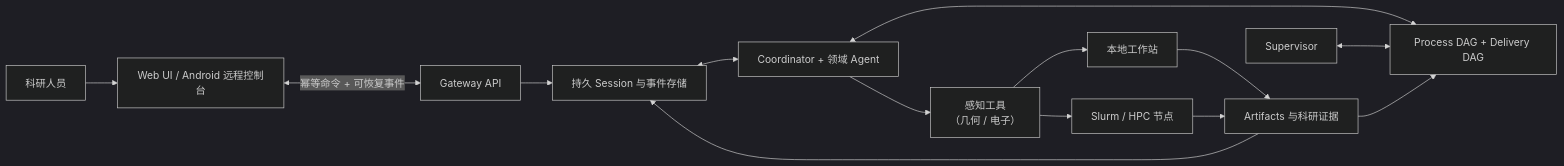
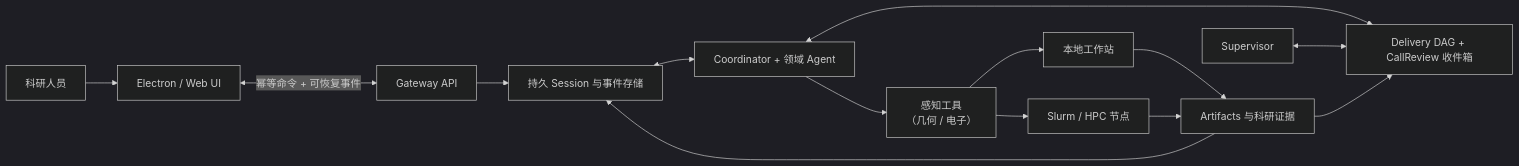
The diagram in README_CN.md (jiajia-jun/Cloudra-mechanism-agent), drawn with Mermaid (dark theme) before and after one commit. The commit also changed other lines of this file and 120 other files, not shown here.

````diff
--- a/README_CN.md
+++ b/README_CN.md
@@ -98,16 +102,16 @@
 ```mermaid
 flowchart LR
-    U["科研人员"] --> C["Web UI / Android 远程控制台"]
+    U["科研人员"] --> C["Electron / Web UI"]
     C <-->|"幂等命令 + 可恢复事件"| G["Gateway API"]
     G --> S["持久 Session 与事件存储"]
     S <--> A["Coordinator + 领域 Agent"]
     A --> P["感知工具<br/>（几何 / 电子）"]
-    A <--> D2["Process DAG + Delivery DAG"]
+    A <--> D2["Delivery DAG + CallReview 收件箱"]
     SV["Supervisor"] <--> D2
     P --> L["本地工作站"]
     P --> H["Slurm / HPC 节点"]
     L --> R["Artifacts 与科研证据"]
     H --> R
     R --> D2
     R --> S
 ```
````
